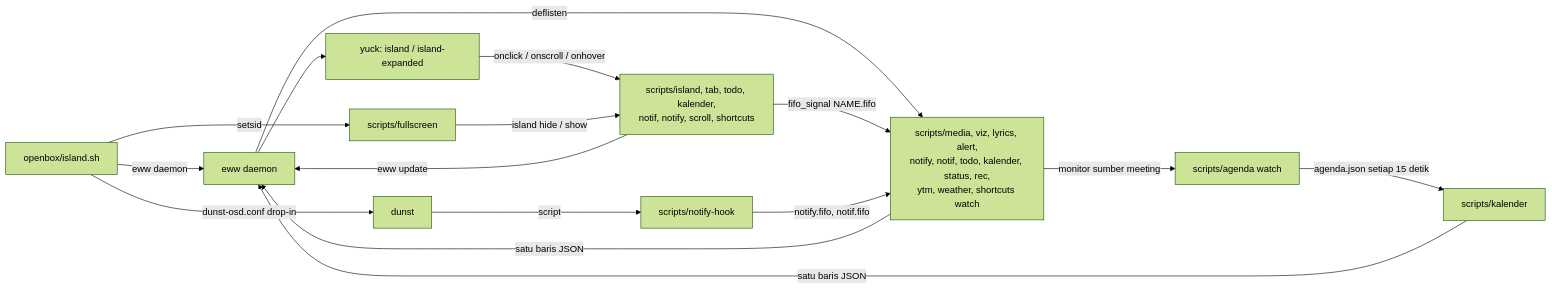
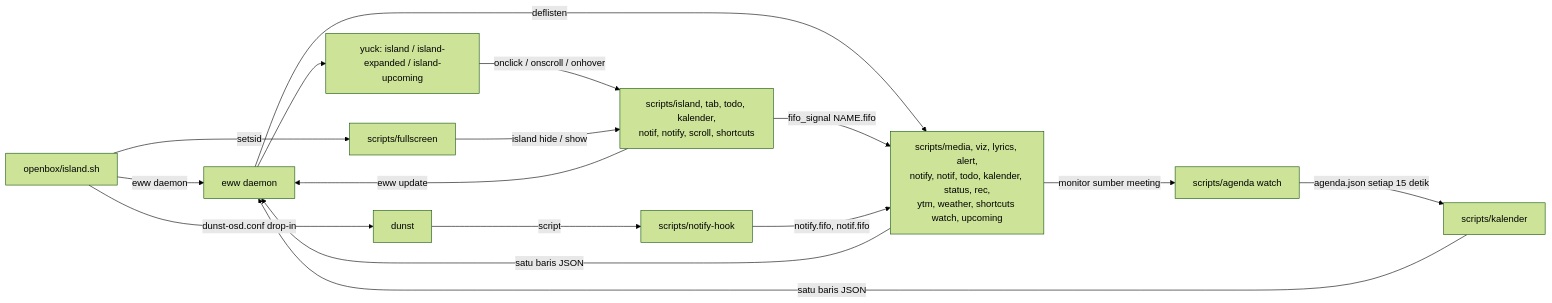
One commit to ardzz/openbox-island changed the diagram in docs/architecture.md. Above: the diagram before and after it, drawn with Mermaid (forest theme). The commit also changed other lines of this file and 3 other files, not shown here.

````diff
--- a/docs/architecture.md
+++ b/docs/architecture.md
@@ -18,18 +19,18 @@
 ```mermaid
 flowchart LR
   L[openbox/island.sh] -->|eww daemon| D[eww daemon]
   L -->|setsid| FS[scripts/fullscreen]
   L -->|dunst-osd.conf drop-in| DU[dunst]
-  D -->|deflisten| S["scripts/media, viz, lyrics, alert,<br/>notify, notif, todo, kalender, status, rec,<br/>ytm, weather, shortcuts watch"]
+  D -->|deflisten| S["scripts/media, viz, lyrics, alert,<br/>notify, notif, todo, kalender, status, rec,<br/>ytm, weather, shortcuts watch, upcoming"]
   S -->|satu baris JSON| D
-  D --> W[yuck: island / island-expanded]
+  D --> W[yuck: island / island-expanded / island-upcoming]
   W -->|onclick / onscroll / onhover| C["scripts/island, tab, todo, kalender,<br/>notif, notify, scroll, shortcuts"]
   C -->|fifo_signal NAME.fifo| S
   C -->|eww update| D
   DU -->|script| H[scripts/notify-hook]
   H -->|notify.fifo, notif.fifo| S
   FS -->|island hide / show| C
   S -->|monitor sumber meeting| A[scripts/agenda watch]
   A -->|agenda.json setiap 15 detik| K[scripts/kalender]
   K -->|satu baris JSON| D
 ```
````
